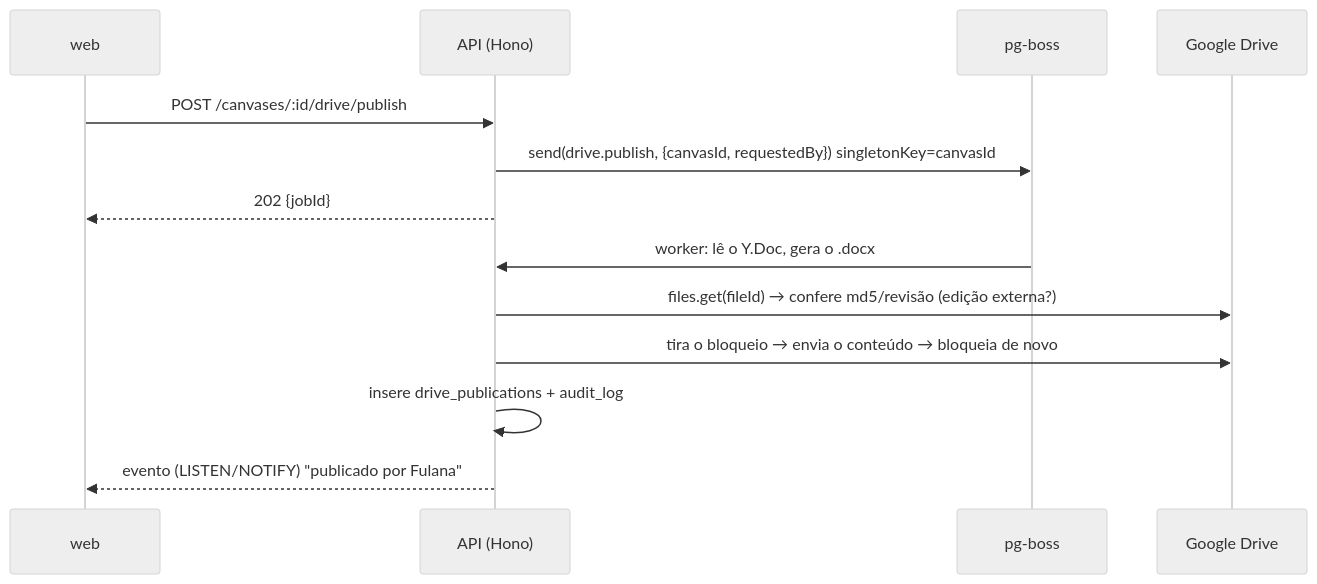
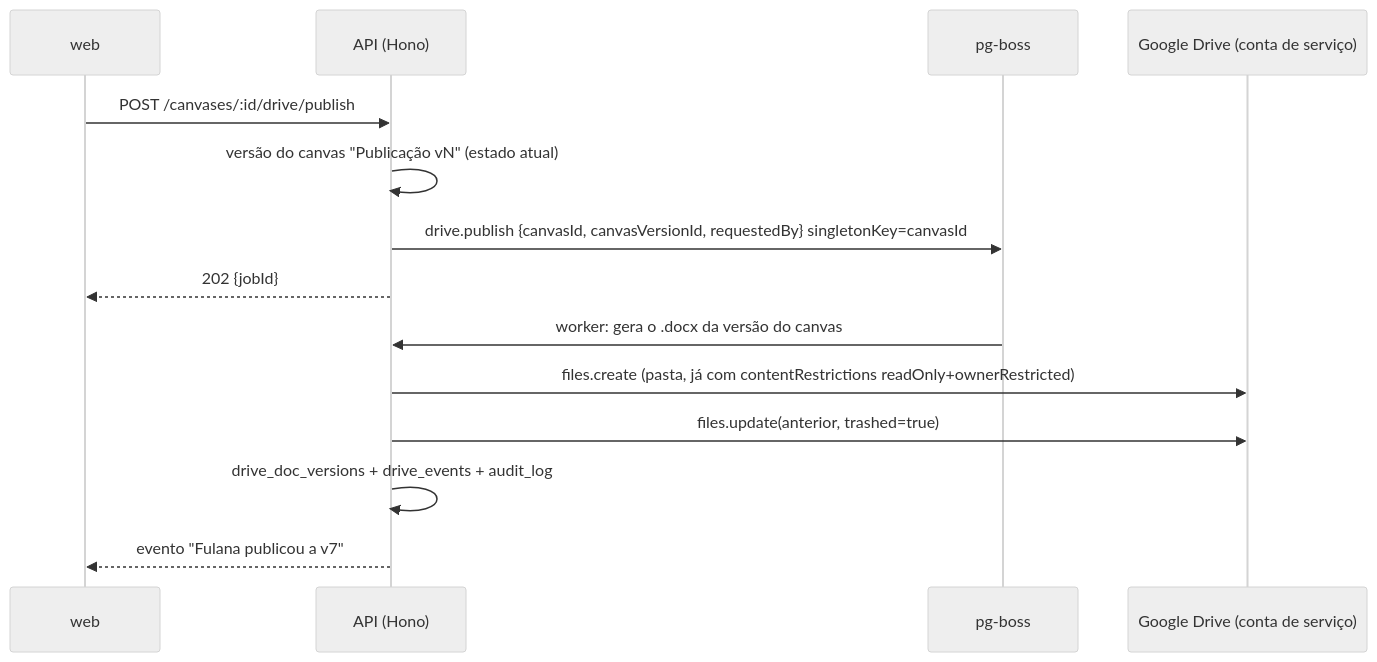
Before and after one commit to MyrrhaLopes/erd-to-schema: the diagram in docs/drive-docx-plan.md, drawn with Mermaid (neutral theme). The commit also changed other lines of this file, not shown here.

First line of the commit message:
Plano do documento no Drive: decisões de bloqueio total, reversão pela lixeira e troca de pasta

````diff
--- a/docs/drive-docx-plan.md
+++ b/docs/drive-docx-plan.md
@@ -28,15 +33,16 @@
 ```mermaid
 sequenceDiagram
   participant W as web
   participant A as API (Hono)
   participant Q as pg-boss
-  participant G as Google Drive
+  participant G as Google Drive (conta de serviço)
   W->>A: POST /canvases/:id/drive/publish
-  A->>Q: send(drive.publish, {canvasId, requestedBy}) singletonKey=canvasId
+  A->>A: versão do canvas "Publicação vN" (estado atual)
+  A->>Q: drive.publish {canvasId, canvasVersionId, requestedBy} singletonKey=canvasId
   A-->>W: 202 {jobId}
-  Q->>A: worker: lê o Y.Doc, gera o .docx
-  A->>G: files.get(fileId) → confere md5/revisão (edição externa?)
-  A->>G: tira o bloqueio → envia o conteúdo → bloqueia de novo
-  A->>A: insere drive_publications + audit_log
-  A-->>W: evento (LISTEN/NOTIFY) "publicado por Fulana"
+  Q->>A: worker: gera o .docx da versão do canvas
+  A->>G: files.create (pasta, já com contentRestrictions readOnly+ownerRestricted)
+  A->>G: files.update(anterior, trashed=true)
+  A->>A: drive_doc_versions + drive_events + audit_log
+  A-->>W: evento "Fulana publicou a v7"
 ```
````
